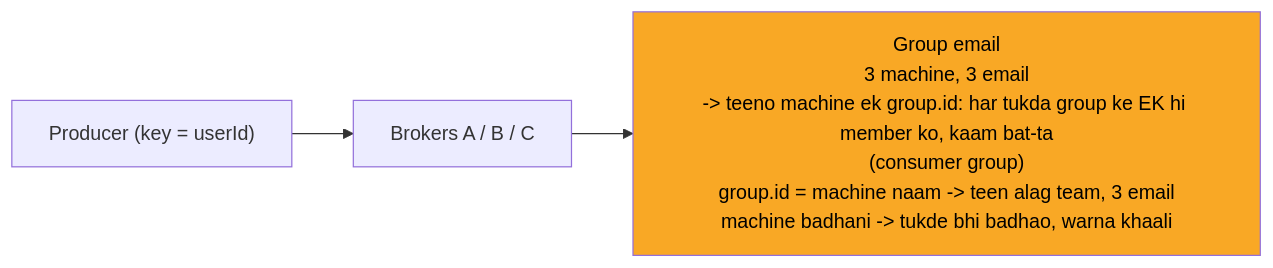
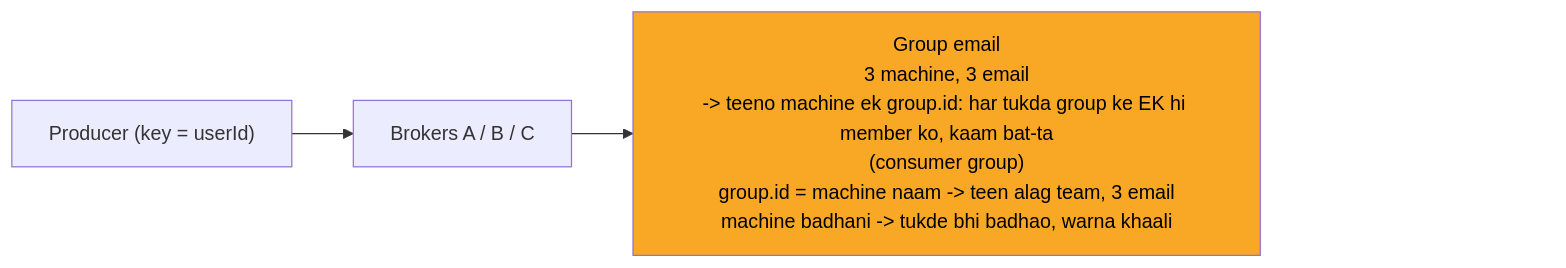
The fifth of 12 diagrams in 04_HLD/SYSTEM_DESIGNS/12_message_queue_kafka/12_message_queue_kafka.md (ArpanMaheshwari144/Prep), drawn with Mermaid before and after one commit. The commit also changed other lines of this file and 13 other files, not shown here.

Commit message:
hld 14 file: har diagram ke daayein andekha dabba, zoom button asli dabbe pe na aaye

````diff
--- a/04_HLD/SYSTEM_DESIGNS/12_message_queue_kafka/12_message_queue_kafka.md
+++ b/04_HLD/SYSTEM_DESIGNS/12_message_queue_kafka/12_message_queue_kafka.md
@@ -180,10 +192,13 @@
 ```mermaid
 %%{init: {"flowchart": {"wrappingWidth": 450}}}%%
 flowchart LR
     n_P["Producer (key = userId)"]
     n_B["Brokers A / B / C"]
     n_GE["Group email<br/>3 machine, 3 email<br/>-> teeno machine ek group.id: har tukda group ke EK hi member ko, kaam bat-ta<br/>(consumer group)<br/>group.id = machine naam -> teen alag team, 3 email<br/>machine badhani -> tukde bhi badhao, warna khaali"]
     n_P --> n_B
     n_B --> n_GE
+    n_pad["xxxxxxxxxxxxxxxx"]
+    n_GE ~~~ n_pad
     style n_GE fill:#f9a825,color:#000
+    style n_pad fill:none,stroke:none,color:#ffffff00
 ```
````
